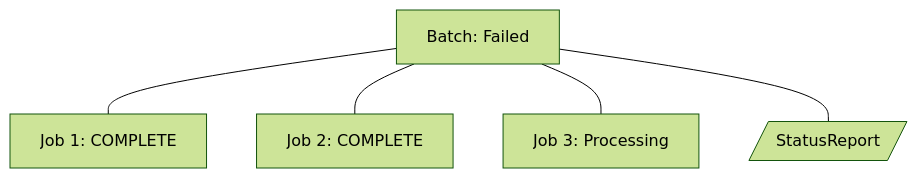
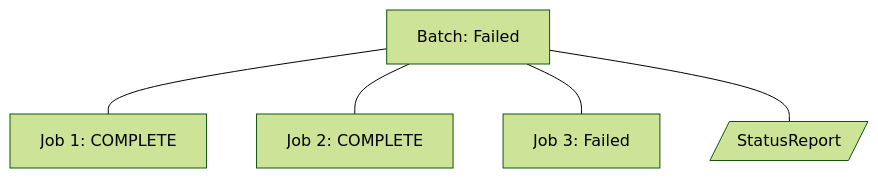
Diagram 42 of 48 in design/use-cases.md (CDLUC3/mrt-zk), drawn with Mermaid (forest theme) before and after one commit. The commit also changed other lines of this file, not shown here.

Commit message:
mermaid diagrams

````diff
--- a/design/use-cases.md
+++ b/design/use-cases.md
@@ -361,12 +548,13 @@
 ```mermaid
 graph TD
+  accTitle: 'Batch(Failed) has 3 Jobs (Complete, Complete, Failed)'
   Batch[Batch: Failed]
   Job1[Job 1: COMPLETE]
   Job2[Job 2: COMPLETE]
-  Job3[Job 3: Processing]
+  Job3[Job 3: Failed]
   Batch --- Job1
   Batch --- Job2
   Batch --- Job3
   StatusReport[/StatusReport/]
   Batch --- StatusReport
 ```
````
